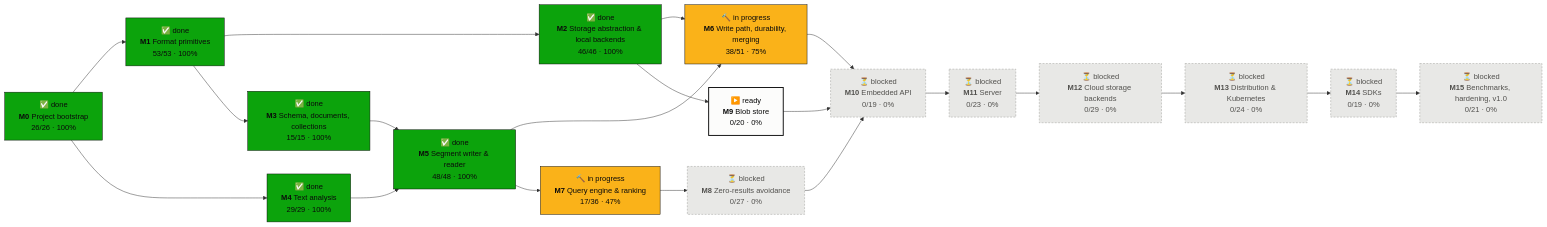
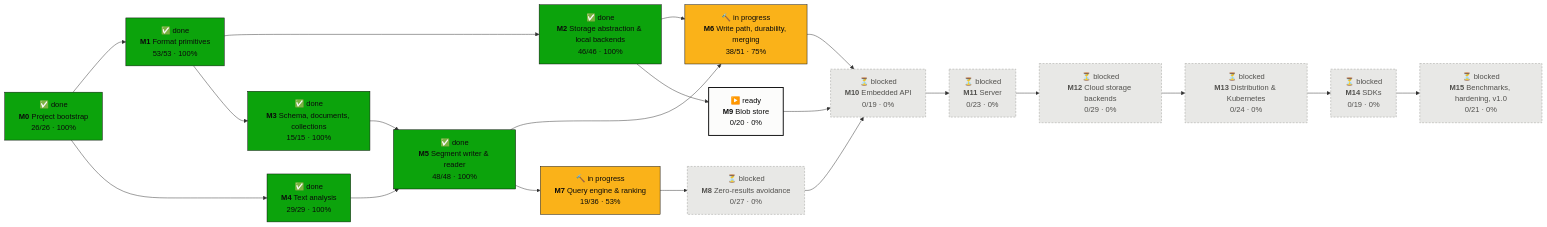
The first of 2 diagrams in PROGRESS.md (tomiok/persiaDB), drawn with Mermaid before and after one commit. The commit also changed other lines of this file and 16 other files, not shown here.

First line of the commit message:
Collection search over segments + memtable; norm bound checked when scoring (ROADMAP 7.4.6, 7.4.10) (#53)

````diff
--- a/PROGRESS.md
+++ b/PROGRESS.md
@@ -16,42 +16,42 @@
 ```mermaid
 flowchart LR
   M0["✅ done<br/><b>M0</b> Project bootstrap<br/>26/26 · 100%"]:::done
   M1["✅ done<br/><b>M1</b> Format primitives<br/>53/53 · 100%"]:::done
   M2["✅ done<br/><b>M2</b> Storage abstraction & local backends<br/>46/46 · 100%"]:::done
   M3["✅ done<br/><b>M3</b> Schema, documents, collections<br/>15/15 · 100%"]:::done
   M4["✅ done<br/><b>M4</b> Text analysis<br/>29/29 · 100%"]:::done
   M5["✅ done<br/><b>M5</b> Segment writer & reader<br/>48/48 · 100%"]:::done
   M6["🔨 in progress<br/><b>M6</b> Write path, durability, merging<br/>38/51 · 75%"]:::doing
-  M7["🔨 in progress<br/><b>M7</b> Query engine & ranking<br/>17/36 · 47%"]:::doing
+  M7["🔨 in progress<br/><b>M7</b> Query engine & ranking<br/>19/36 · 53%"]:::doing
   M8["⏳ blocked<br/><b>M8</b> Zero-results avoidance<br/>0/27 · 0%"]:::blocked
   M9["▶️ ready<br/><b>M9</b> Blob store<br/>0/20 · 0%"]:::ready
   M10["⏳ blocked<br/><b>M10</b> Embedded API<br/>0/19 · 0%"]:::blocked
   M11["⏳ blocked<br/><b>M11</b> Server<br/>0/23 · 0%"]:::blocked
   M12["⏳ blocked<br/><b>M12</b> Cloud storage backends<br/>0/29 · 0%"]:::blocked
   M13["⏳ blocked<br/><b>M13</b> Distribution & Kubernetes<br/>0/24 · 0%"]:::blocked
   M14["⏳ blocked<br/><b>M14</b> SDKs<br/>0/19 · 0%"]:::blocked
   M15["⏳ blocked<br/><b>M15</b> Benchmarks, hardening, v1.0<br/>0/21 · 0%"]:::blocked
   M0 --> M1
   M1 --> M2
   M1 --> M3
   M0 --> M4
   M3 --> M5
   M4 --> M5
   M2 --> M6
   M5 --> M6
   M5 --> M7
   M7 --> M8
   M2 --> M9
   M6 --> M10
   M8 --> M10
   M9 --> M10
   M10 --> M11
   M11 --> M12
   M12 --> M13
   M13 --> M14
   M14 --> M15
   classDef done fill:#0ca30c,stroke:#0b0b0b,color:#0b0b0b
   classDef doing fill:#fab219,stroke:#0b0b0b,color:#0b0b0b
   classDef ready fill:#fcfcfb,stroke:#0b0b0b,stroke-width:2px,color:#0b0b0b
   classDef blocked fill:#e8e8e6,stroke:#9a9a96,stroke-dasharray:4 3,color:#52514e
 ```
````
